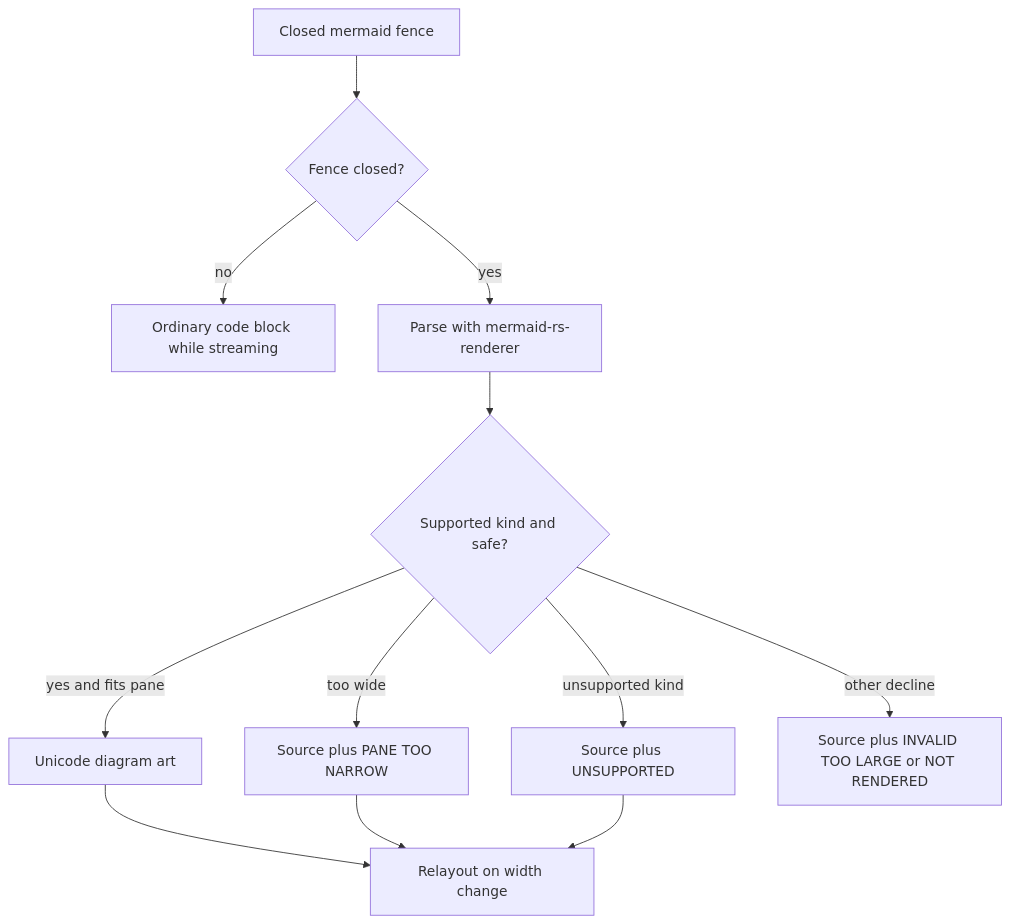
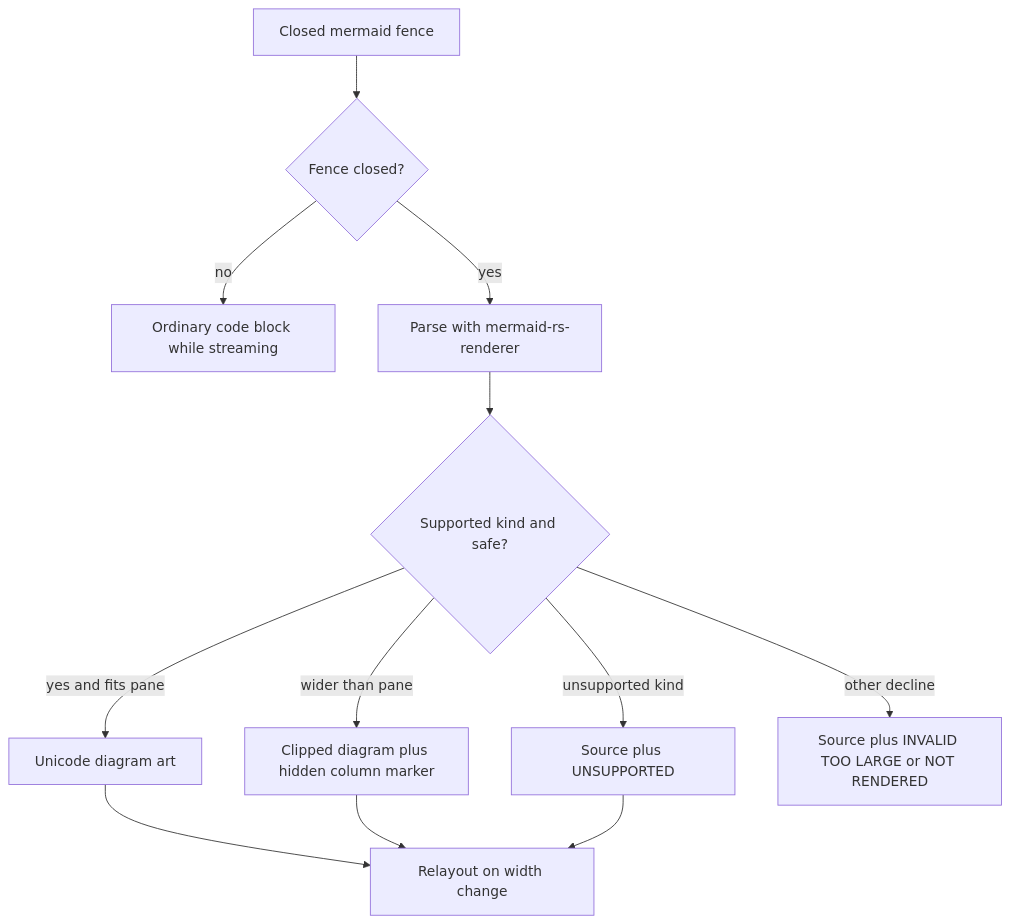
The diagram in docs/interactive-tui/mermaid.md (matthewyjiang/rho), drawn with Mermaid before and after one commit. The commit also changed other lines of this file and 12 other files, not shown here.

First line of the commit message:
feat(tui): oversized mermaid diagrams now clip instead of dumping source (#1082)

````diff
--- a/docs/interactive-tui/mermaid.md
+++ b/docs/interactive-tui/mermaid.md
@@ -11,14 +11,14 @@
 ```mermaid
 flowchart TD
     fence[Closed mermaid fence] --> closed{Fence closed?}
     closed -->|no| code[Ordinary code block while streaming]
     closed -->|yes| parse[Parse with mermaid-rs-renderer]
     parse --> kind{Supported kind and safe?}
     kind -->|yes and fits pane| art[Unicode diagram art]
-    kind -->|too wide| narrow[Source plus PANE TOO NARROW]
+    kind -->|wider than pane| clip[Clipped diagram plus hidden column marker]
     kind -->|unsupported kind| raw[Source plus UNSUPPORTED]
     kind -->|other decline| other[Source plus INVALID TOO LARGE or NOT RENDERED]
     art --> resize[Relayout on width change]
-    narrow --> resize
+    clip --> resize
     raw --> resize
 ```
````
